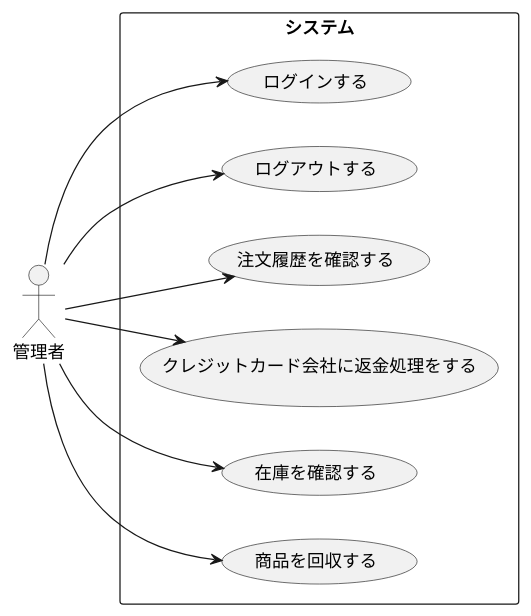
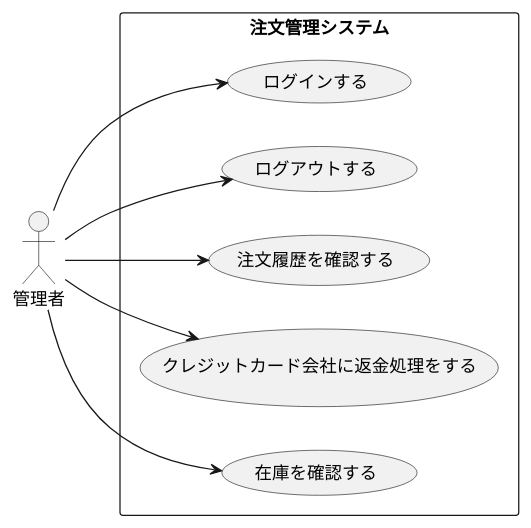
One commit to ko246/ohara_uml changed the diagram in group/3-3_総合演習1_BBショップ注文管理システム/ユースケース図/usecase_kanri.pu. Above: the diagram before and after it, drawn with PlantUML.

Commit message:
注文管理システム_usecase図修正

```diff
--- a/group/3-3_総合演習1_BBショップ注文管理システム/ユースケース図/usecase_kanri.pu
+++ b/group/3-3_総合演習1_BBショップ注文管理システム/ユースケース図/usecase_kanri.pu
@@ -1,24 +1,23 @@
 @startuml 注文管理システム
 left to right direction
 
 actor 管理者
 
-rectangle システム {
+rectangle 注文管理システム {
 
   usecase "ログインする" as Admin_Login
   usecase "ログアウトする" as Admin_Logout
   usecase "注文履歴を確認する" as Admin_CheckHistory
   usecase "クレジットカード会社に返金処理をする" as Admin_Refund
   usecase "在庫を確認する" as Admin_CheckStock
-  usecase "商品を回収する" as Admin_Collect
+
 
 }
 
 管理者 --> Admin_Login
 管理者 --> Admin_Logout
 管理者 --> Admin_CheckHistory
 管理者 --> Admin_Refund
 管理者 --> Admin_CheckStock
-管理者 --> Admin_Collect
 
 @enduml
```
